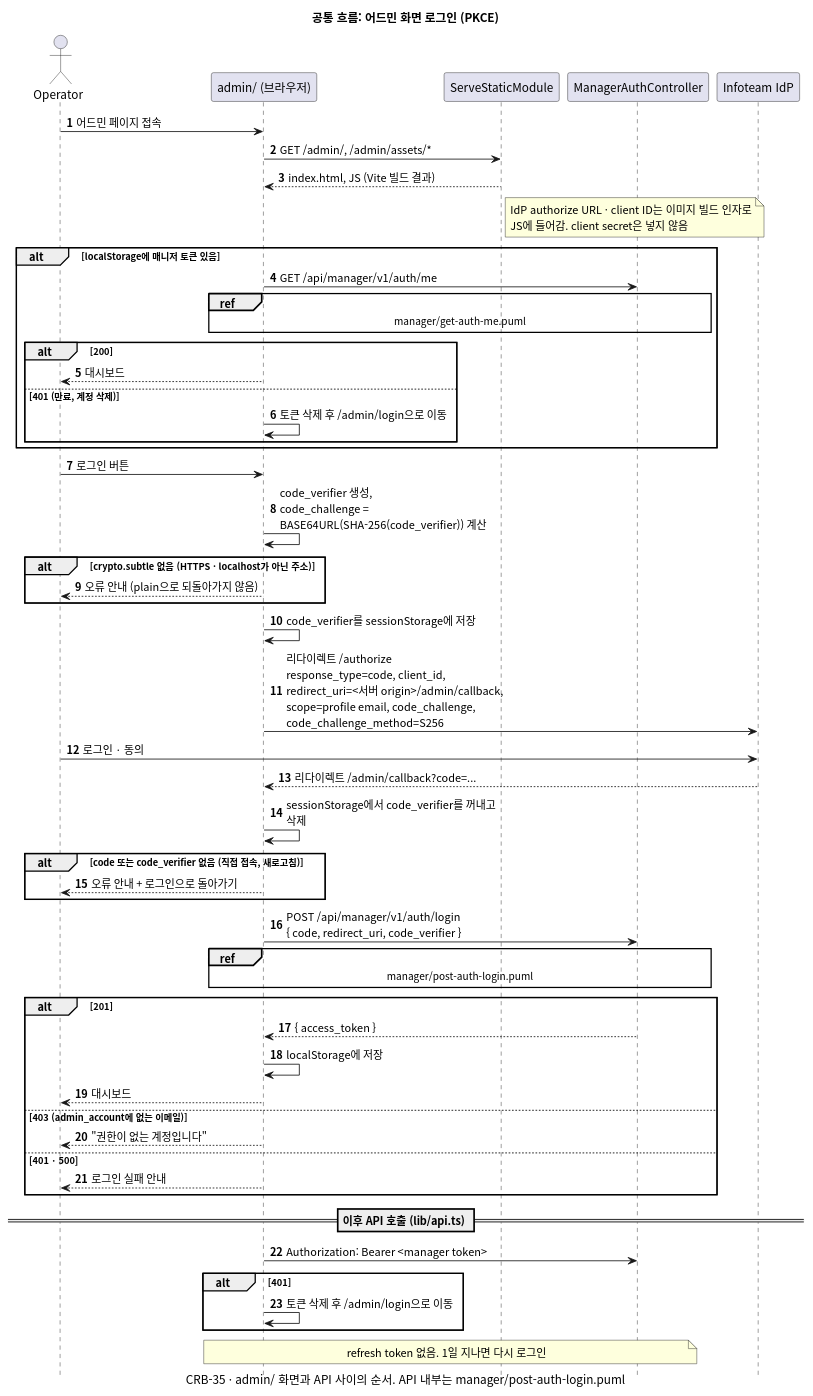
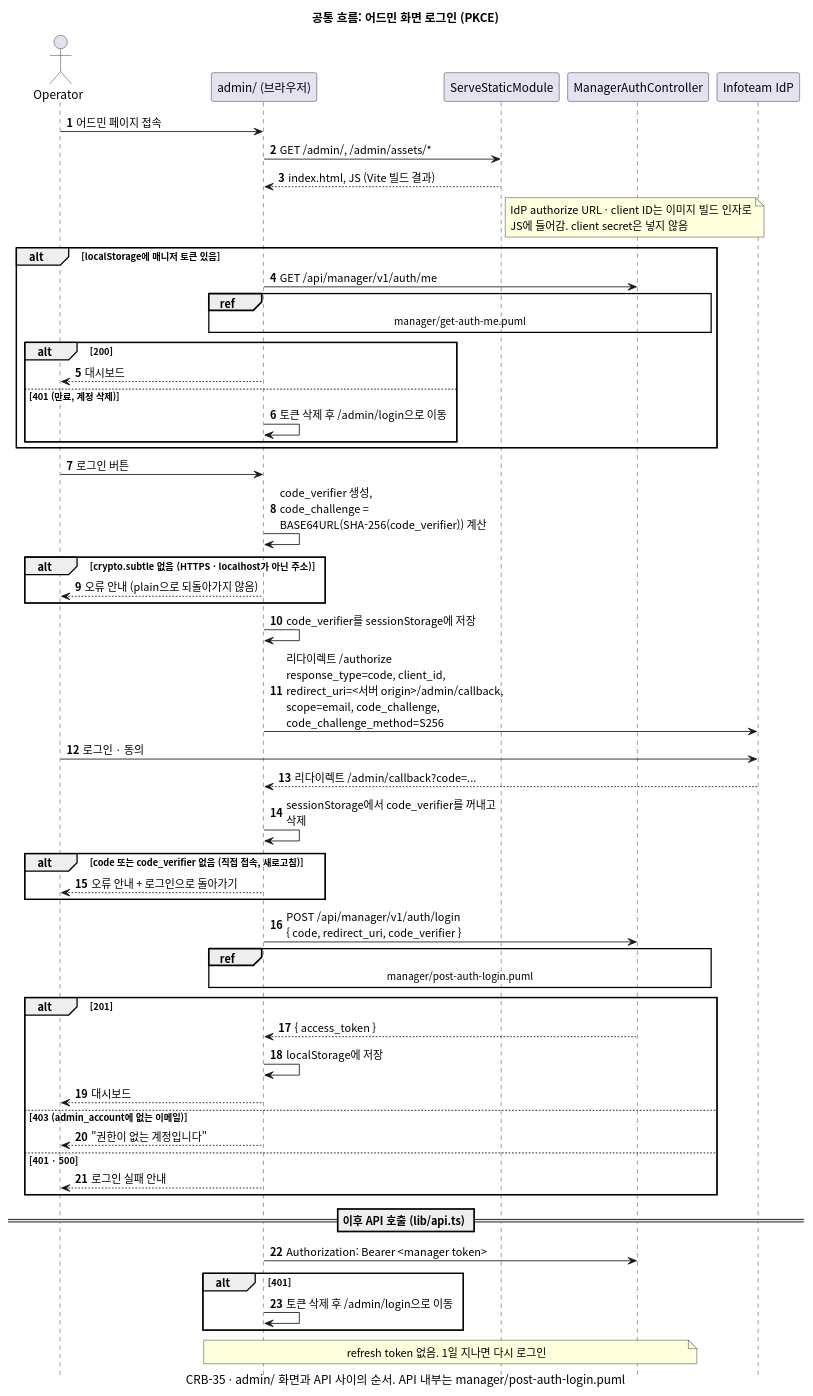
Before and after one commit to gsainfoteam/cheers-be: the diagram in docs/sequence/flow/admin-login.puml, drawn with PlantUML. The commit also changed 1 other file, not shown here.

Commit message:
- chore: request only email scope for admin IdP login

```diff
--- a/docs/sequence/flow/admin-login.puml
+++ b/docs/sequence/flow/admin-login.puml
@@ -1,72 +1,72 @@
 @startuml admin-login
 skinparam defaultFontName "Apple SD Gothic Neo", "Noto Sans CJK KR", sans-serif
 skinparam responseMessageBelowArrow true
 skinparam sequenceMessageAlign left
 skinparam maxMessageSize 260
 skinparam BoxPadding 8
 skinparam shadowing false
 autonumber
 hide footbox
 
 title 공통 흐름: 어드민 화면 로그인 (PKCE)
 caption CRB-35 · admin/ 화면과 API 사이의 순서. API 내부는 manager/post-auth-login.puml
 
 actor Operator
 participant "admin/ (브라우저)" as Admin
 participant "ServeStaticModule" as Static
 participant "ManagerAuthController" as Api
 participant "Infoteam IdP" as IdP
 
 Operator -> Admin: 어드민 페이지 접속
 Admin -> Static: GET /admin/, /admin/assets/*
 Static --> Admin: index.html, JS (Vite 빌드 결과)
 note right of Static
   IdP authorize URL · client ID는 이미지 빌드 인자로
   JS에 들어감. client secret은 넣지 않음
 end note
 
 alt localStorage에 매니저 토큰 있음
   Admin -> Api: GET /api/manager/v1/auth/me
   ref over Admin, Api: manager/get-auth-me.puml
   alt 200
     Admin --> Operator: 대시보드
   else 401 (만료, 계정 삭제)
     Admin -> Admin: 토큰 삭제 후 /admin/login으로 이동
   end
 end
 
 Operator -> Admin: 로그인 버튼
 Admin -> Admin: code_verifier 생성,\ncode_challenge = BASE64URL(SHA-256(code_verifier)) 계산
 alt crypto.subtle 없음 (HTTPS · localhost가 아닌 주소)
   Admin --> Operator: 오류 안내 (plain으로 되돌아가지 않음)
 end
 Admin -> Admin: code_verifier를 sessionStorage에 저장
-Admin -> IdP: 리다이렉트 /authorize\nresponse_type=code, client_id, redirect_uri=<서버 origin>/admin/callback,\nscope=profile email, code_challenge, code_challenge_method=S256
+Admin -> IdP: 리다이렉트 /authorize\nresponse_type=code, client_id, redirect_uri=<서버 origin>/admin/callback,\nscope=email, code_challenge, code_challenge_method=S256
 Operator -> IdP: 로그인 · 동의
 IdP --> Admin: 리다이렉트 /admin/callback?code=...
 
 Admin -> Admin: sessionStorage에서 code_verifier를 꺼내고 삭제
 alt code 또는 code_verifier 없음 (직접 접속, 새로고침)
   Admin --> Operator: 오류 안내 + 로그인으로 돌아가기
 end
 Admin -> Api: POST /api/manager/v1/auth/login\n{ code, redirect_uri, code_verifier }
 ref over Admin, Api: manager/post-auth-login.puml
 alt 201
   Api --> Admin: { access_token }
   Admin -> Admin: localStorage에 저장
   Admin --> Operator: 대시보드
 else 403 (admin_account에 없는 이메일)
   Admin --> Operator: "권한이 없는 계정입니다"
 else 401 · 500
   Admin --> Operator: 로그인 실패 안내
 end
 
 == 이후 API 호출 (lib/api.ts) ==
 
 Admin -> Api: Authorization: Bearer <manager token>
 alt 401
   Admin -> Admin: 토큰 삭제 후 /admin/login으로 이동
 end
 note over Admin, Api: refresh token 없음. 1일 지나면 다시 로그인
 
 @enduml
```
